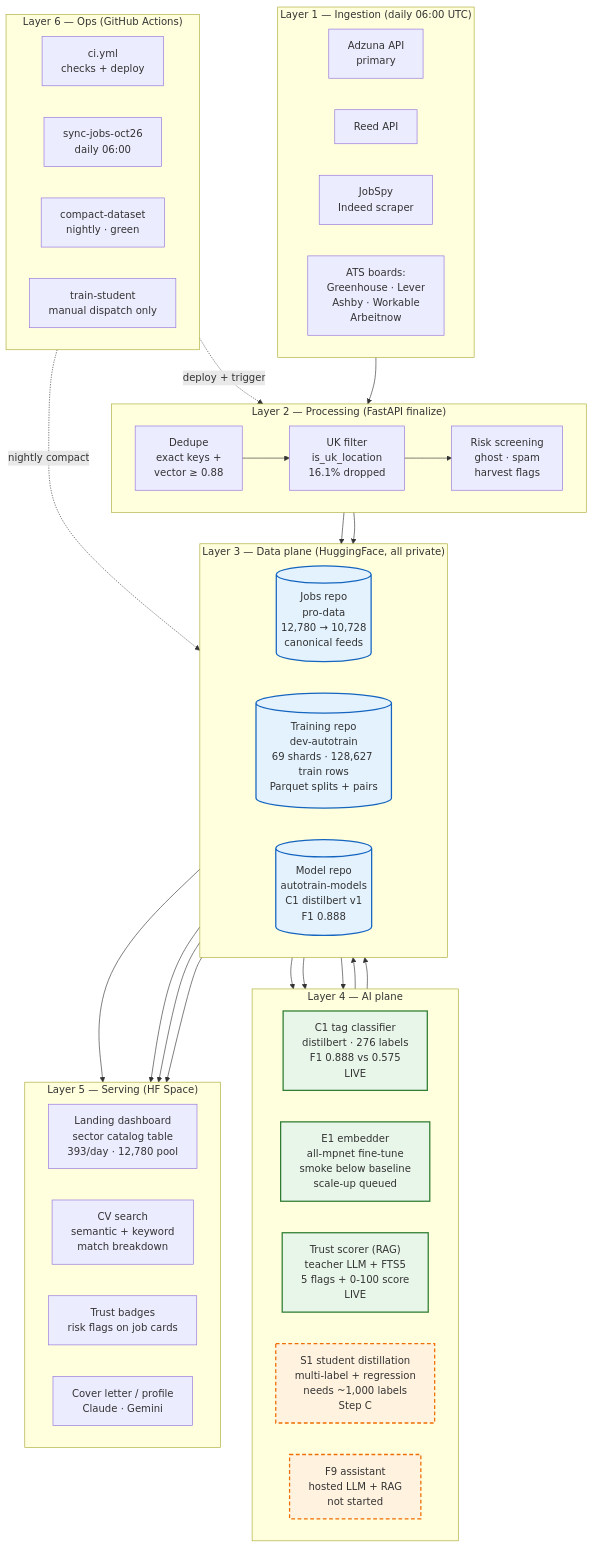
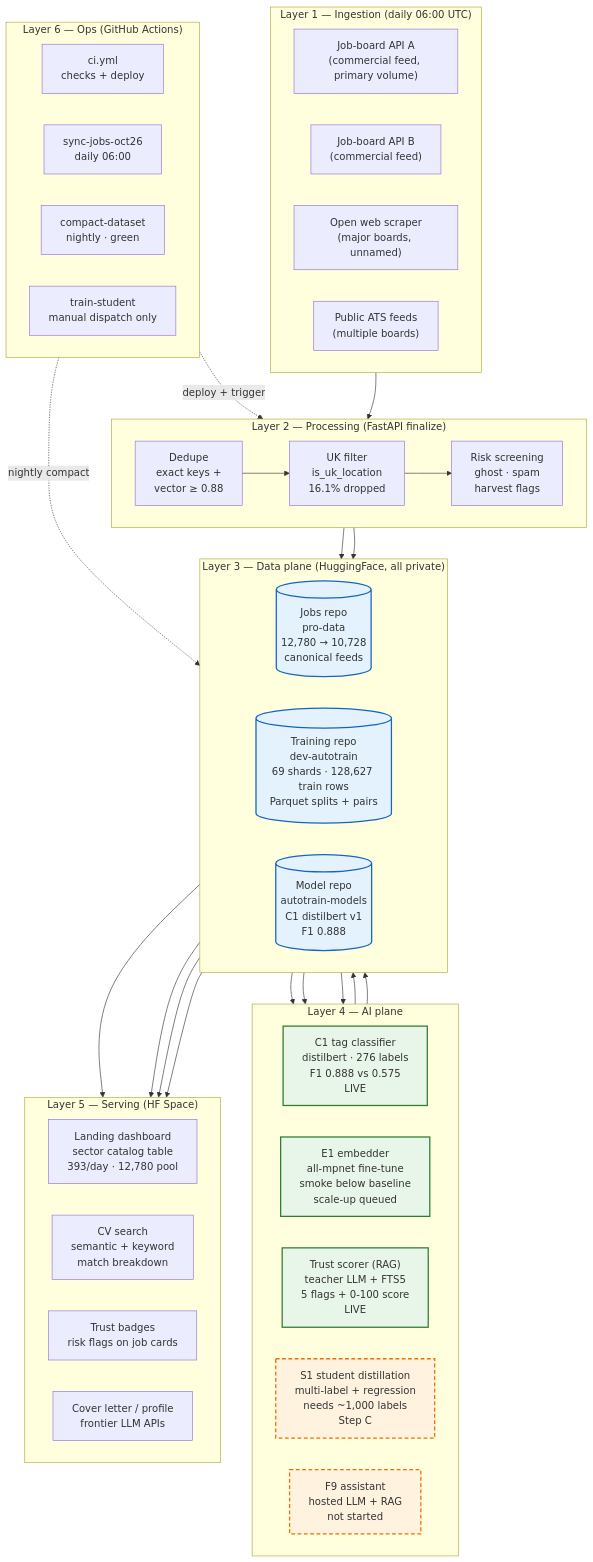
Before and after one commit to lukehkg/uk-ai-job-hunter-ai-design: the diagram in docs/03-solution-architecture.md, drawn with Mermaid. The commit also changed 7 other files, not shown here.

````diff
--- a/docs/03-solution-architecture.md
+++ b/docs/03-solution-architecture.md
@@ -5,80 +5,80 @@
 ```mermaid
 flowchart TB
     %% ================= LAYER 1: SOURCES =================
     subgraph L1["Layer 1 — Ingestion (daily 06:00 UTC)"]
         direction LR
-        SRC1["Adzuna API<br/>primary"]
-        SRC2["Reed API"]
-        SRC3["JobSpy<br/>Indeed scraper"]
-        SRC4["ATS boards:<br/>Greenhouse · Lever<br/>Ashby · Workable<br/>Arbeitnow"]
+        SRC1["Job-board API A<br/>(commercial feed, primary volume)"]
+        SRC2["Job-board API B<br/>(commercial feed)"]
+        SRC3["Open web scraper<br/>(major boards, unnamed)"]
+        SRC4["Public ATS feeds<br/>(multiple boards)"]
     end
 
     %% ================= LAYER 2: PROCESSING =================
     subgraph L2["Layer 2 — Processing (FastAPI finalize)"]
         direction LR
         P1["Dedupe<br/>exact keys +<br/>vector ≥ 0.88"]
         P2["UK filter<br/>is_uk_location<br/>16.1% dropped"]
         P3["Risk screening<br/>ghost · spam<br/>harvest flags"]
     end
 
     %% ================= LAYER 3: DATA PLANE =================
     subgraph L3["Layer 3 — Data plane (HuggingFace, all private)"]
         direction LR
         DATA1[("Jobs repo<br/>pro-data<br/>12,780 → 10,728<br/>canonical feeds")]
         DATA2[("Training repo<br/>dev-autotrain<br/>69 shards · 128,627 train rows<br/>Parquet splits + pairs")]
         DATA3[("Model repo<br/>autotrain-models<br/>C1 distilbert v1<br/>F1 0.888")]
     end
 
     %% ================= LAYER 4: AI / TRAINING PLANE =================
     subgraph L4["Layer 4 — AI plane"]
         direction LR
         AI1["C1 tag classifier<br/>distilbert · 276 labels<br/>F1 0.888 vs 0.575<br/>LIVE"]
         AI2["E1 embedder<br/>all-mpnet fine-tune<br/>smoke below baseline<br/>scale-up queued"]
         AI3["Trust scorer (RAG)<br/>teacher LLM + FTS5<br/>5 flags + 0-100 score<br/>LIVE"]
         AI4["S1 student distillation<br/>multi-label + regression<br/>needs ~1,000 labels<br/>Step C"]
         AI5["F9 assistant<br/>hosted LLM + RAG<br/>not started"]
     end
 
     %% ================= LAYER 5: SERVING =================
     subgraph L5["Layer 5 — Serving (HF Space)"]
         direction LR
         SV1["Landing dashboard<br/>sector catalog table<br/>393/day · 12,780 pool"]
         SV2["CV search<br/>semantic + keyword<br/>match breakdown"]
         SV3["Trust badges<br/>risk flags on job cards<br///api/v1/trust-score"]
-        SV4["Cover letter / profile<br/>Claude · Gemini"]
+        SV4["Cover letter / profile<br/>frontier LLM APIs"]
     end
 
     %% ================= LAYER 6: OPS =================
     subgraph L6["Layer 6 — Ops (GitHub Actions)"]
         direction LR
         OPS1["ci.yml<br/>checks + deploy"]
         OPS2["sync-jobs-oct26<br/>daily 06:00"]
         OPS3["compact-dataset<br/>nightly · green"]
         OPS4["train-student<br/>manual dispatch only"]
     end
 
     %% ================= FLOWS =================
     L1 --> P1 --> P2 --> P3
     P3 --> DATA1
     P3 --> DATA2
     DATA2 --> AI1
     DATA2 --> AI4
     DATA1 --> AI3
     AI1 --> DATA3
     AI3 --> DATA2
 
     DATA1 --> SV1
     DATA1 --> SV2
     DATA1 --> SV3
     DATA2 --> SV2
 
     L6 -.->|"deploy + trigger"| L2
     L6 -.->|"nightly compact"| DATA2
 
     classDef live fill:#e8f5e9,stroke:#2e7d32,stroke-width:2px
     classDef planned fill:#fff3e0,stroke:#ef6c00,stroke-width:2px,stroke-dasharray:6 4
     classDef storage fill:#e3f2fd,stroke:#1565c0,stroke-width:2px
     class AI1,AI3,AI2 live
     class AI4,AI5 planned
     class DATA1,DATA2,DATA3 storage
 ```
````
